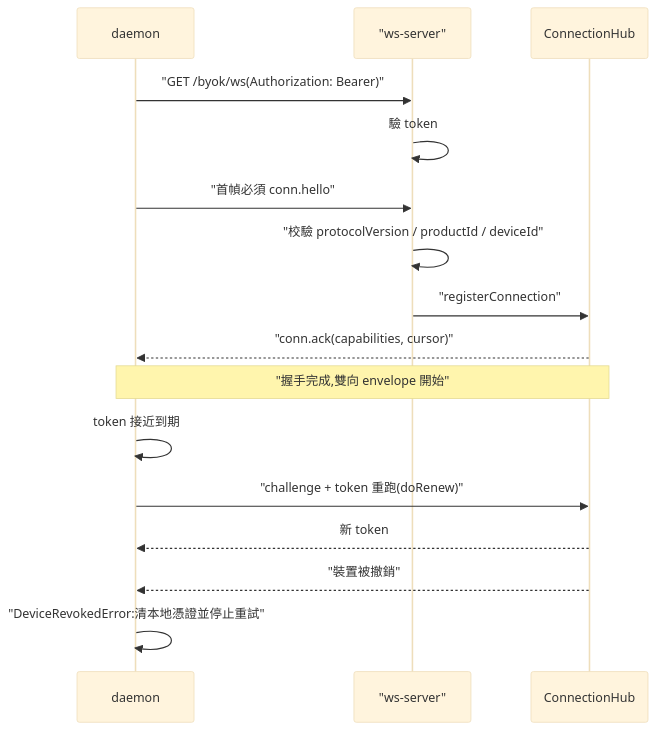
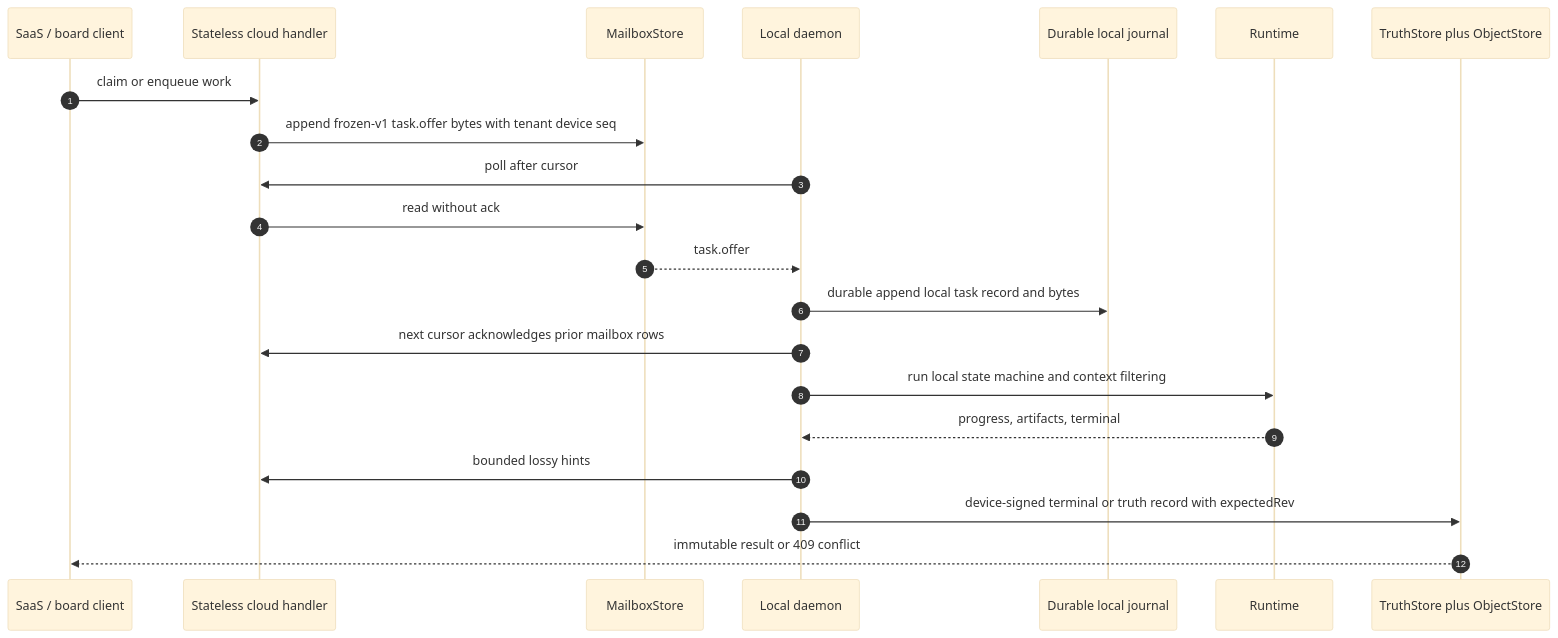
Diagram 19 of 19 in docs/architecture/sdk-architecture.md (Ancienttwo/byok-sdk), drawn with Mermaid (base theme) before and after one commit. The commit also changed other lines of this file and 5 other files, not shown here.

````diff
--- a/docs/architecture/sdk-architecture.md
+++ b/docs/architecture/sdk-architecture.md
@@ -541,21 +936,24 @@
 ```mermaid
 sequenceDiagram
-  participant D as daemon
-  participant WS as "ws-server"
-  participant HUB as ConnectionHub
+  autonumber
+  participant SaaS as SaaS / board client
+  participant Cloud as Stateless cloud handler
+  participant Mail as MailboxStore
+  participant D as Local daemon
+  participant J as Durable local journal
+  participant R as Runtime
+  participant T as TruthStore plus ObjectStore
 
-  D->>WS: "GET /byok/ws(Authorization: Bearer)"
-  WS->>WS: 驗 token
-  D->>WS: "首幀必須 conn.hello"
-  WS->>WS: "校驗 protocolVersion / productId / deviceId"
-  WS->>HUB: "registerConnection"
-  HUB-->>D: "conn.ack(capabilities, cursor)"
-  Note over D,HUB: "握手完成,雙向 envelope 開始"
-
-  D->>D: token 接近到期
-  D->>HUB: "challenge + token 重跑(doRenew)"
-  HUB-->>D: 新 token
-
-  HUB-->>D: "裝置被撤銷"
-  D->>D: "DeviceRevokedError:清本地憑證並停止重試"
+  SaaS->>Cloud: claim or enqueue work
+  Cloud->>Mail: append frozen-v1 task.offer bytes with tenant device seq
+  D->>Cloud: poll after cursor
+  Cloud->>Mail: read without ack
+  Mail-->>D: task.offer
+  D->>J: durable append local task record and bytes
+  D->>Cloud: next cursor acknowledges prior mailbox rows
+  D->>R: run local state machine and context filtering
+  R-->>D: progress, artifacts, terminal
+  D->>Cloud: bounded lossy hints
+  D->>T: device-signed terminal or truth record with expectedRev
+  T-->>SaaS: immutable result or 409 conflict
 ```
````
